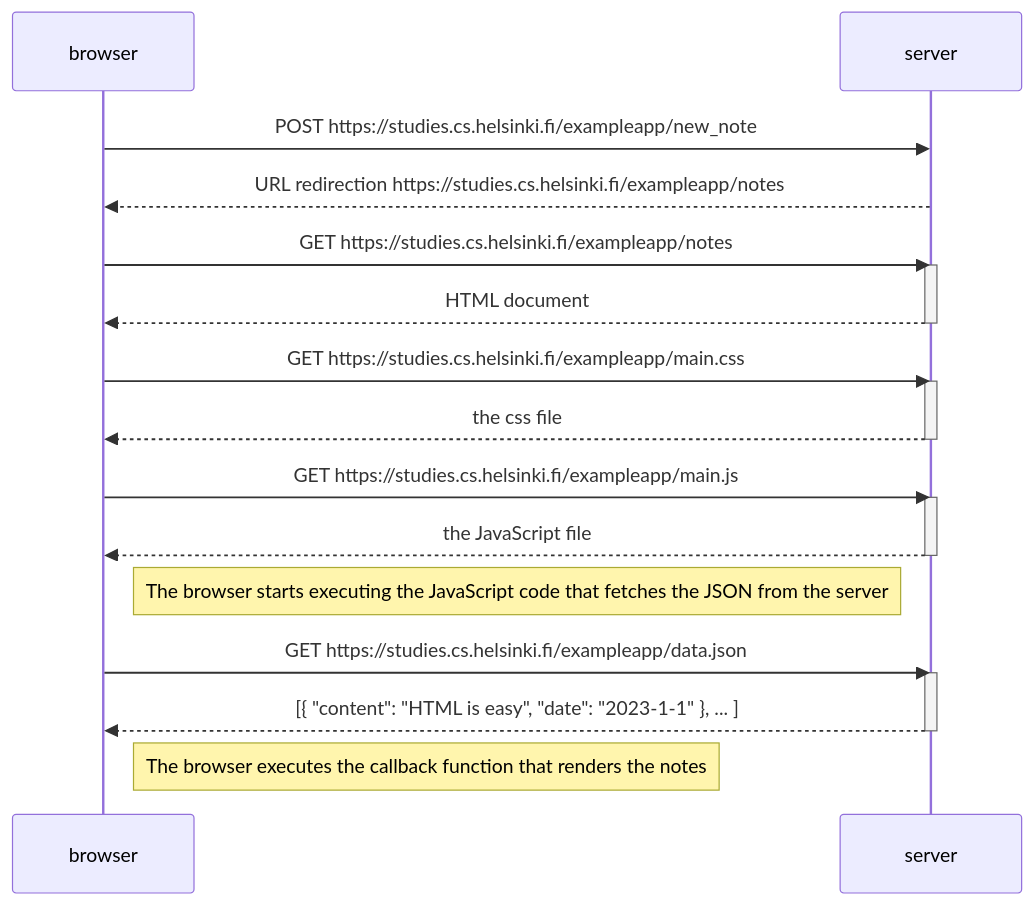
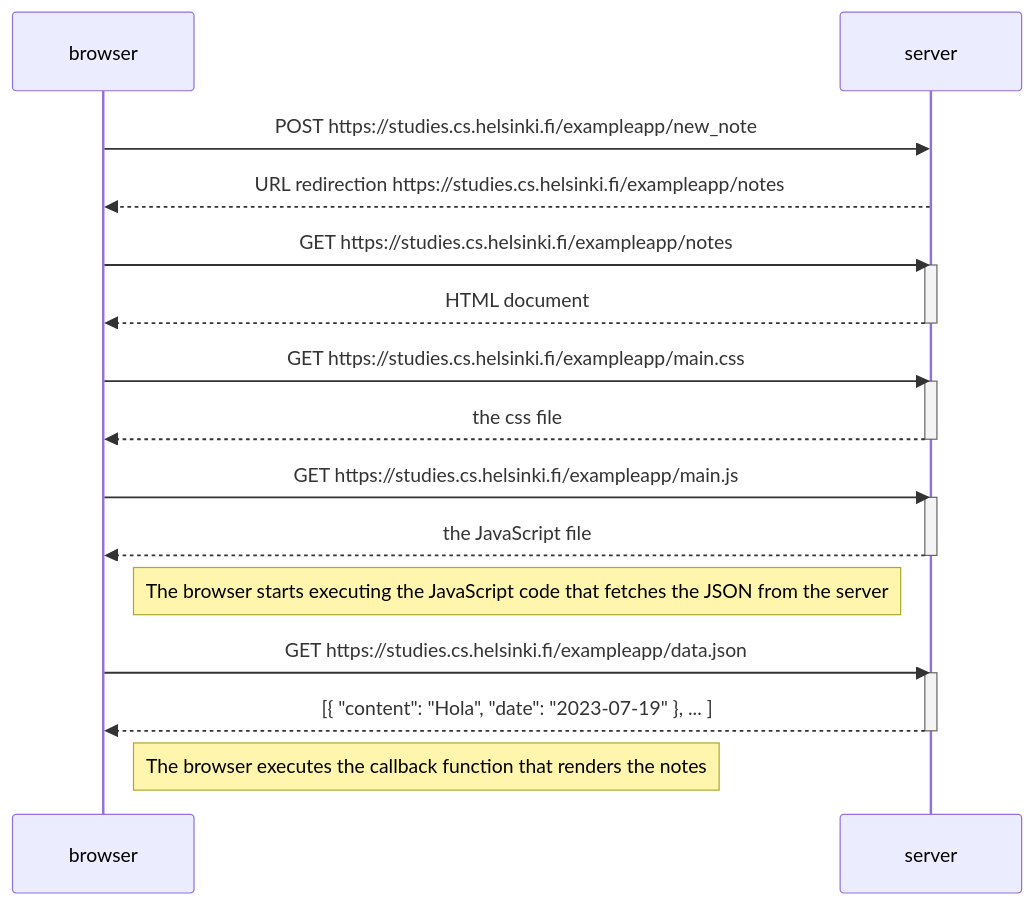
Before and after one commit to jadetom613/full-stack-open-2023: the diagram in part0/0.4_New_note_diagram.md, drawn with Mermaid. The commit also changed 1 other file, not shown here.

Commit message:
commit part0

````diff
--- a/part0/0.4_New_note_diagram.md
+++ b/part0/0.4_New_note_diagram.md
@@ -2,32 +2,32 @@
 ```mermaid
 sequenceDiagram
     participant browser
     participant server
 
     browser->>server: POST https://studies.cs.helsinki.fi/exampleapp/new_note
     server-->>browser: URL redirection https://studies.cs.helsinki.fi/exampleapp/notes
 
     browser->>server: GET https://studies.cs.helsinki.fi/exampleapp/notes
     activate server
     server-->>browser: HTML document
     deactivate server
 
     browser->>server: GET https://studies.cs.helsinki.fi/exampleapp/main.css
     activate server
     server-->>browser: the css file
     deactivate server
 
     browser->>server: GET https://studies.cs.helsinki.fi/exampleapp/main.js
     activate server
     server-->>browser: the JavaScript file
     deactivate server
 
     Note right of browser: The browser starts executing the JavaScript code that fetches the JSON from the server
 
     browser->>server: GET https://studies.cs.helsinki.fi/exampleapp/data.json
     activate server
-    server-->>browser: [{ "content": "HTML is easy", "date": "2023-1-1" }, ... ]
+    server-->>browser: [{ "content": "Hola", "date": "2023-07-19" }, ... ]
     deactivate server
 
     Note right of browser: The browser executes the callback function that renders the notes
 ```
````
